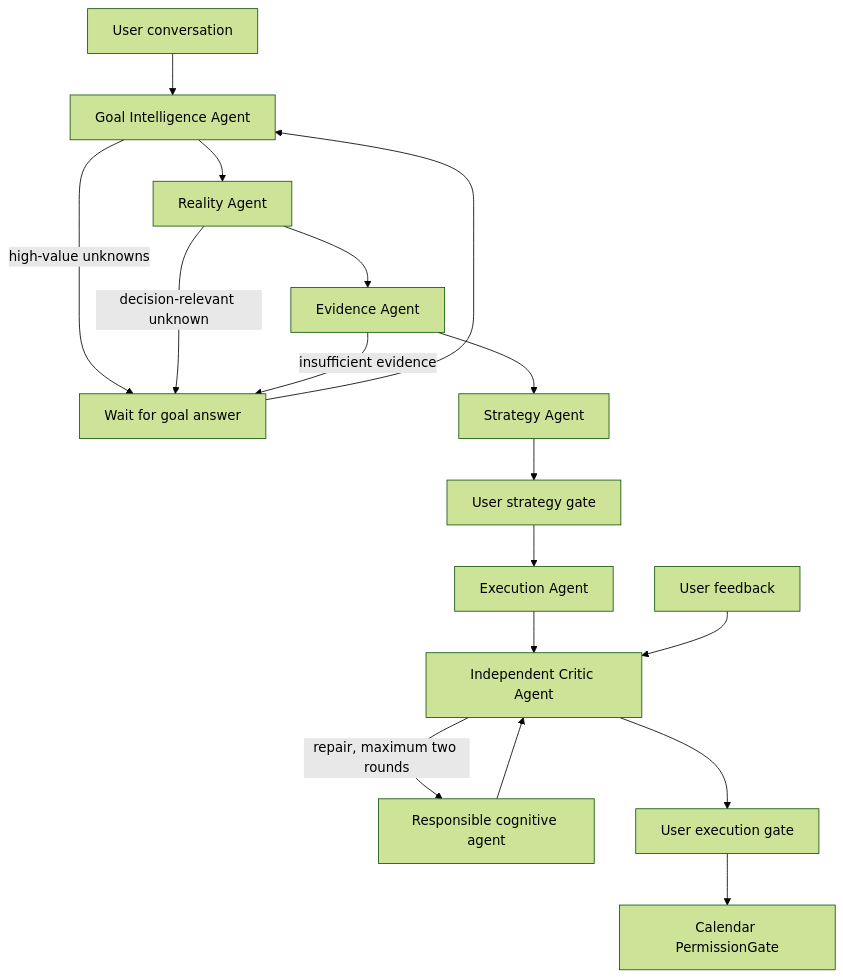
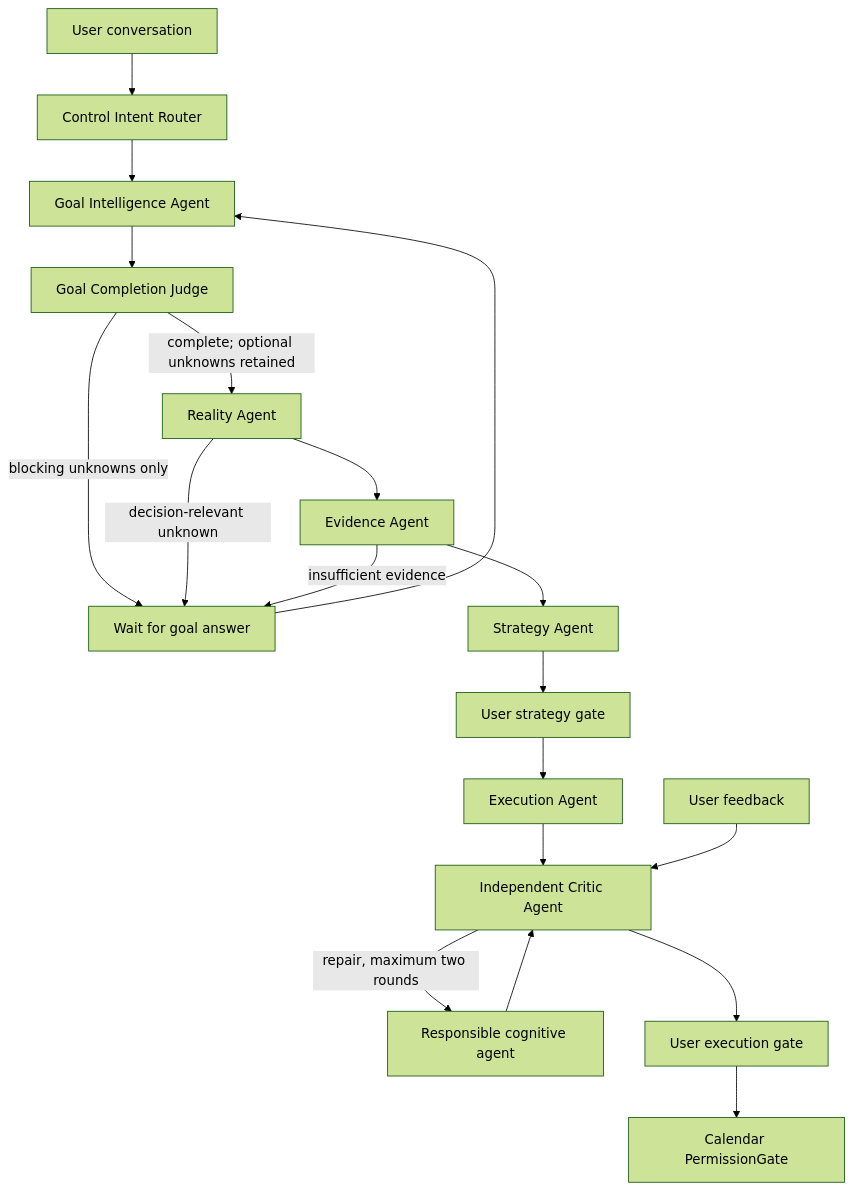
Before and after one commit to ab2956955606-cmyk/Planix: the diagram in README.md, drawn with Mermaid (forest theme). The commit also changed other lines of this file and 34 other files, not shown here.

Commit message:
fix(planning): separate goal completion from runtime blocking

````diff
--- a/README.md
+++ b/README.md
@@ -270,19 +304,21 @@
 ```mermaid
 flowchart TD
-  U["User conversation"] --> G["Goal Intelligence Agent"]
-  G -->|"high-value unknowns"| Q["Wait for goal answer"]
+  U["User conversation"] --> CR["Control Intent Router"]
+  CR --> G["Goal Intelligence Agent"]
+  G --> GC["Goal Completion Judge"]
+  GC -->|"blocking unknowns only"| Q["Wait for goal answer"]
   Q --> G
-  G --> RY["Reality Agent"]
+  GC -->|"complete; optional unknowns retained"| RY["Reality Agent"]
   RY -->|"decision-relevant unknown"| Q
   RY --> E["Evidence Agent"]
   E -->|"insufficient evidence"| Q
   E --> S["Strategy Agent"]
   S --> SG["User strategy gate"]
   SG --> X["Execution Agent"]
   X --> C["Independent Critic Agent"]
   C -->|"repair, maximum two rounds"| R["Responsible cognitive agent"]
   R --> C
   C --> EG["User execution gate"]
   EG --> PG["Calendar PermissionGate"]
   F["User feedback"] --> C
 ```
````
